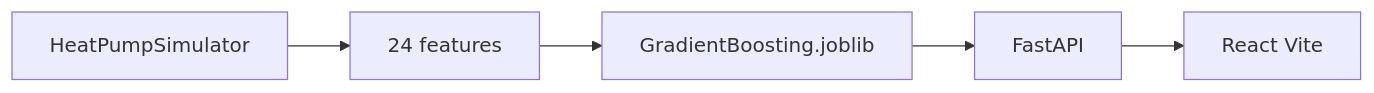
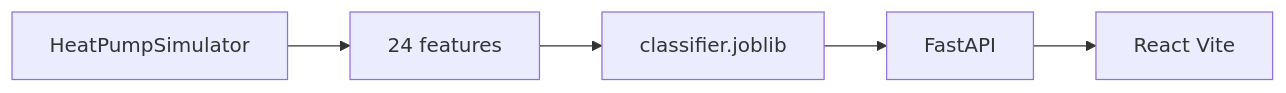
Before and after one commit to Adnandbss/heat-pump-fdd: the diagram in README.md, drawn with Mermaid. The commit also changed other lines of this file and 4 other files, not shown here.

````diff
--- a/README.md
+++ b/README.md
@@ -46,10 +46,10 @@
 ```mermaid
 flowchart LR
     sim[HeatPumpSimulator]
     feat[24 features]
-    model[GradientBoosting.joblib]
+    model[classifier.joblib]
     api[FastAPI]
     web[React Vite]
 
     sim --> feat --> model --> api --> web
 ```
````
